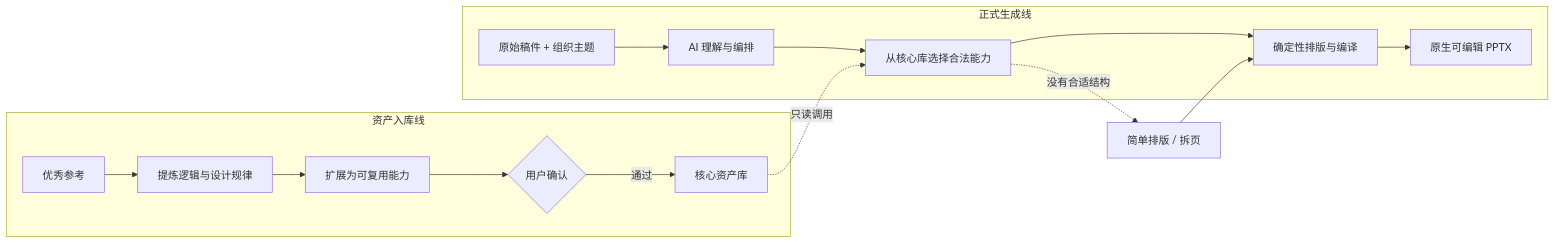
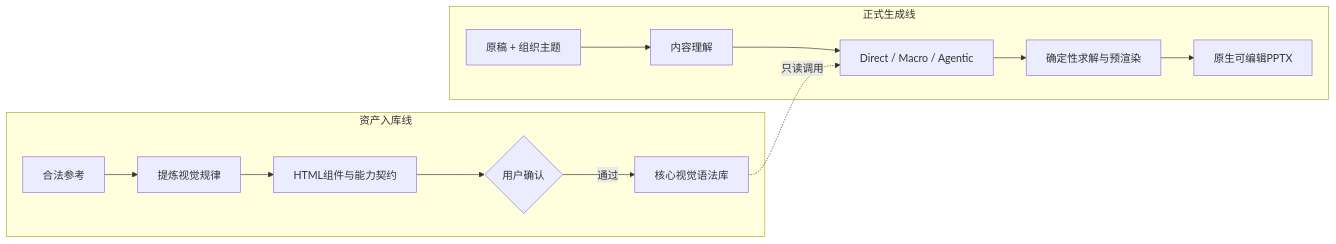
One commit to NEUwpy/PPagenT changed the diagram in docs/产品叙事.md. Above: the diagram before and after it, drawn with Mermaid. The commit also changed other lines of this file and 27 other files, not shown here.

````diff
--- a/docs/产品叙事.md
+++ b/docs/产品叙事.md
@@ -89,18 +66,16 @@
 ```mermaid
 flowchart LR
     subgraph I["资产入库线"]
-        A["优秀参考"] --> B["提炼逻辑与设计规律"]
-        B --> C["扩展为可复用能力"]
-        C --> E{"用户确认"}
-        E -->|通过| F["核心资产库"]
+        A["合法参考"] --> B["提炼视觉规律"]
+        B --> C["HTML组件与能力契约"]
+        C --> D{"用户确认"}
+        D -->|通过| E["核心视觉语法库"]
     end
-    subgraph G["正式生成线"]
-        H["原始稿件 + 组织主题"] --> J["AI 理解与编排"]
-        J --> K["从核心库选择合法能力"]
-        K --> N["确定性排版与编译"]
-        N --> O["原生可编辑 PPTX"]
+    subgraph R["正式生成线"]
+        F["原稿 + 组织主题"] --> G["内容理解"]
+        G --> H["Direct / Macro / Agentic"]
+        E -."只读调用".-> H
+        H --> J["确定性求解与预渲染"]
+        J --> K["原生可编辑PPTX"]
     end
-    F -."只读调用".-> K
-    K -."没有合适结构".-> P["简单排版 / 拆页"]
-    P --> N
 ```
````
